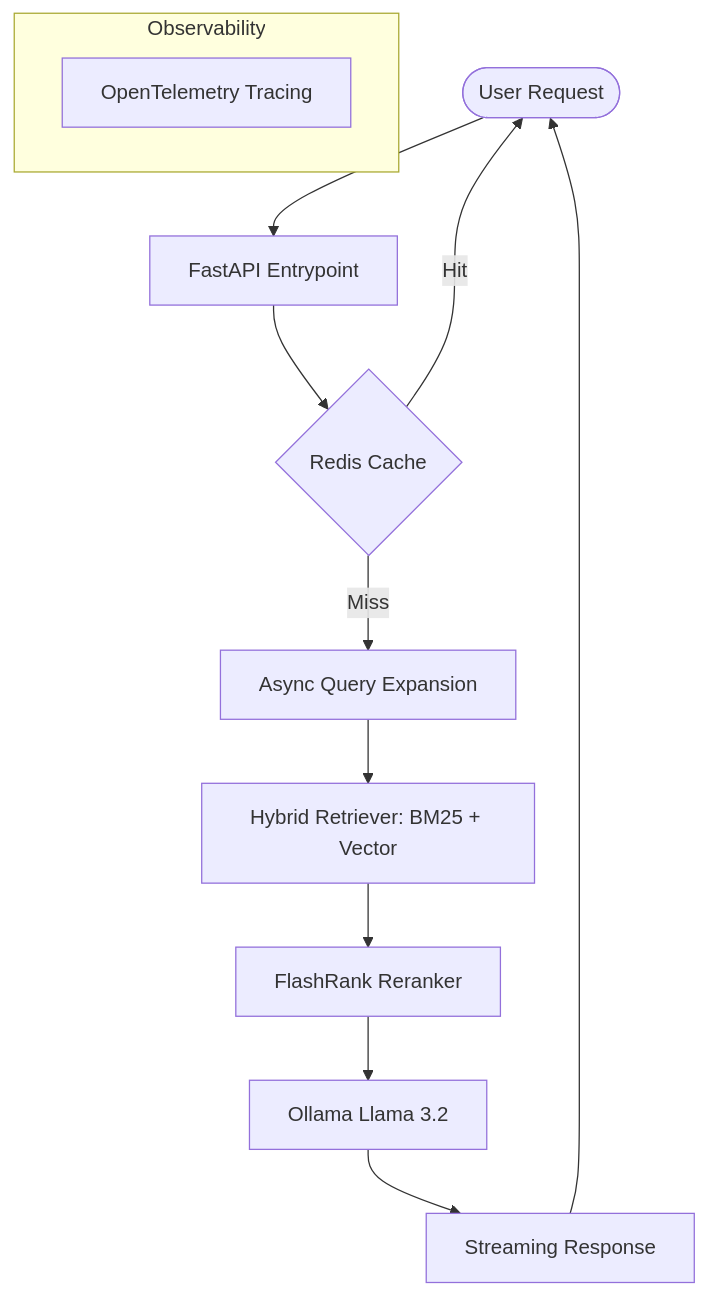
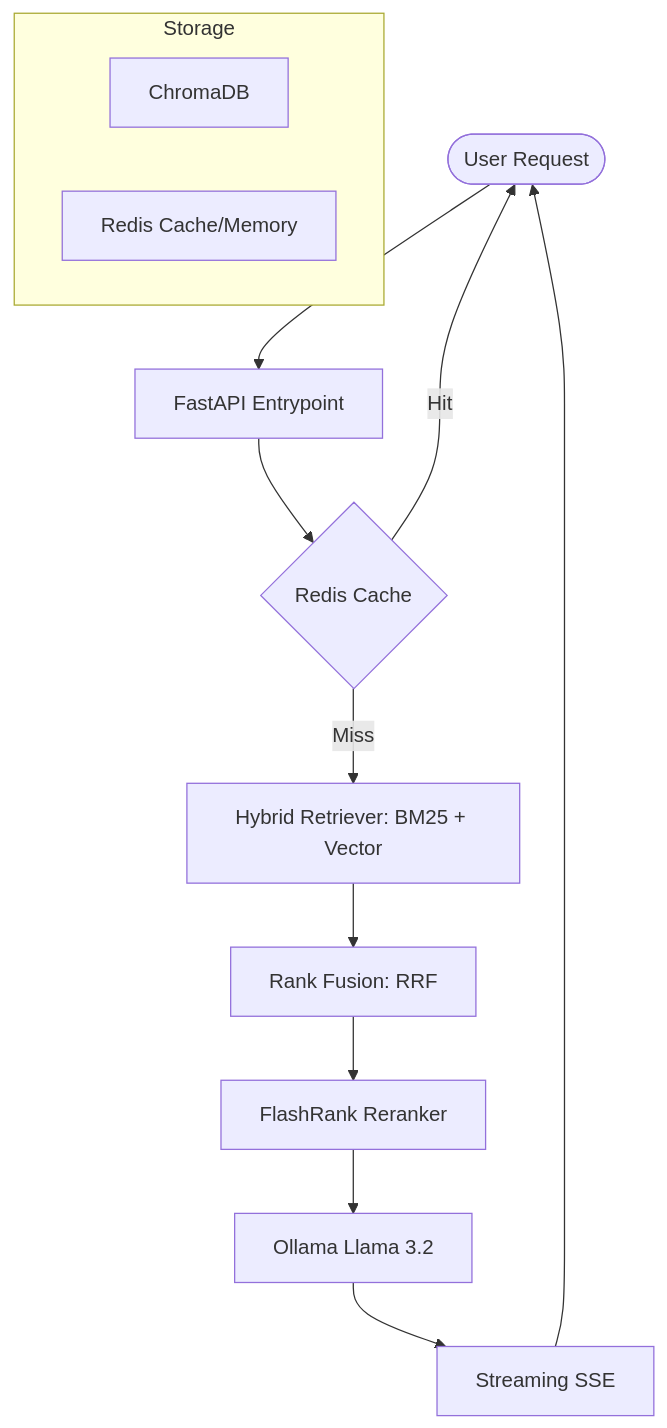
One commit to Piyu242005/RAG-SQL-Python-Assistant changed the diagram in README.md. Above: the diagram before and after it, drawn with Mermaid. The commit also changed other lines of this file, not shown here.

Commit message:
docs: overhaul README with updated architecture, Docker-first installation, and modernized project feature summaries

````diff
--- a/README.md
+++ b/README.md
@@ -50,16 +50,17 @@
 ```mermaid
 graph TD
     User([User Request]) --> API[FastAPI Entrypoint]
     API --> Cache{Redis Cache}
     Cache -- Hit --> User
-    Cache -- Miss --> QE[Async Query Expansion]
-    QE --> HR[Hybrid Retriever: BM25 + Vector]
-    HR --> RR[FlashRank Reranker]
+    Cache -- Miss --> HR[Hybrid Retriever: BM25 + Vector]
+    HR --> RRF[Rank Fusion: RRF]
+    RRF --> RR[FlashRank Reranker]
     RR --> LLM[Ollama Llama 3.2]
-    LLM --> Stream[Streaming Response]
+    LLM --> Stream[Streaming SSE]
     Stream --> User
     
-    subgraph Observability
-        OTel[OpenTelemetry Tracing]
+    subgraph Storage
+        Chroma[ChromaDB]
+        Redis[Redis Cache/Memory]
     end
 ```
````
